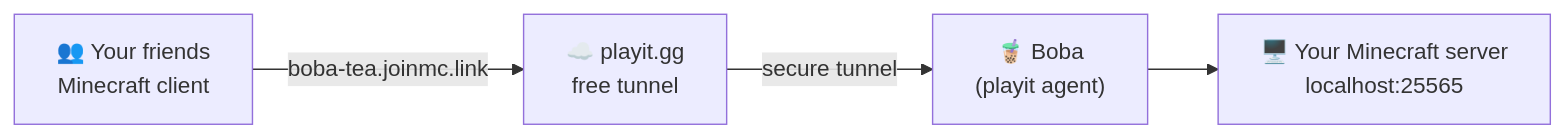
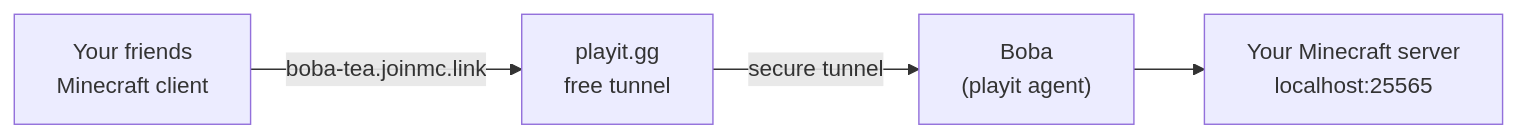
The diagram in README.md (tabslvss/boba-minecraft-server-host), drawn with Mermaid before and after one commit. The commit also changed other lines of this file and 1 other file, not shown here.

````diff
--- a/README.md
+++ b/README.md
@@ -140,6 +140,6 @@
 ```mermaid
 flowchart LR
-    F["👥 Your friends<br/>Minecraft client"] -->|"boba-tea.joinmc.link"| P["☁️ playit.gg<br/>free tunnel"]
-    P -->|"secure tunnel"| A["🧋 Boba<br/>(playit agent)"]
-    A --> S["🖥️ Your Minecraft server<br/>localhost:25565"]
+    F["Your friends<br/>Minecraft client"] -->|"boba-tea.joinmc.link"| P["playit.gg<br/>free tunnel"]
+    P -->|"secure tunnel"| A["Boba<br/>(playit agent)"]
+    A --> S["Your Minecraft server<br/>localhost:25565"]
 ```
````
